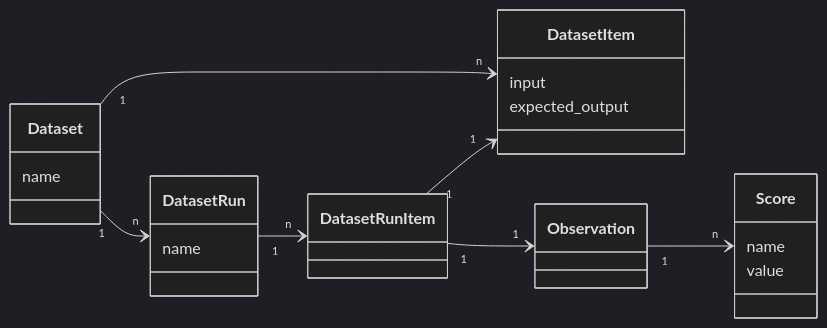
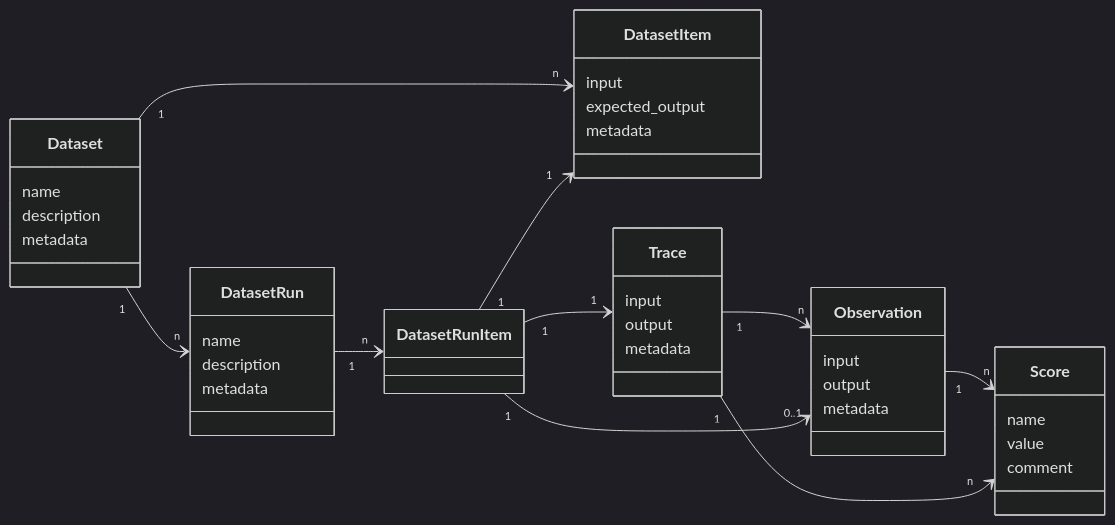
The diagram in pages/docs/datasets/overview.mdx (langfuse/langfuse-docs), drawn with Mermaid (dark theme) before and after one commit. The commit also changed other lines of this file, not shown here.

Commit message:
docs: update dataset docs

````diff
--- a/pages/docs/datasets/overview.mdx
+++ b/pages/docs/datasets/overview.mdx
@@ -176,40 +216,62 @@
 ```mermaid
 classDiagram
 direction LR
     class Dataset {
         name
+        description
+        metadata
     }
 
     class DatasetItem {
         input
         expected_output
+        metadata
     }
 
     Dataset "1" --> "n" DatasetItem
 
 
 
     class DatasetRun {
         name
+        description
+        metadata
     }
 
     Dataset "1" --> "n" DatasetRun
     DatasetRun "1" --> "n" DatasetRunItem
 
     class DatasetRunItem {
     }
 
+    class Trace {
+        input
+        output
+        metadata
+    }
+
     class Observation {
+        input
+        output
+        metadata
     }
 
 
     DatasetRunItem "1" --> "1" DatasetItem
-    DatasetRunItem "1" --> "1" Observation
+
+    Trace "1" --> "n" Observation
+    DatasetRunItem "1" --> "1" Trace
+    DatasetRunItem "1" --> "0..1" Observation
+
+
 
     Observation "1" --> "n" Score
+
+    Trace "1" --> "n" Score
 
     class Score {
         name
         value
+        comment
     }
 ```
````
